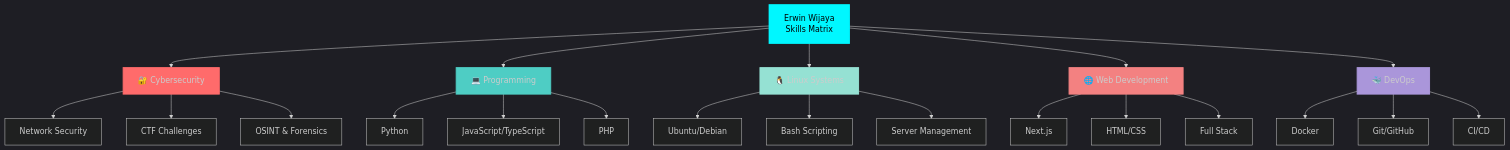
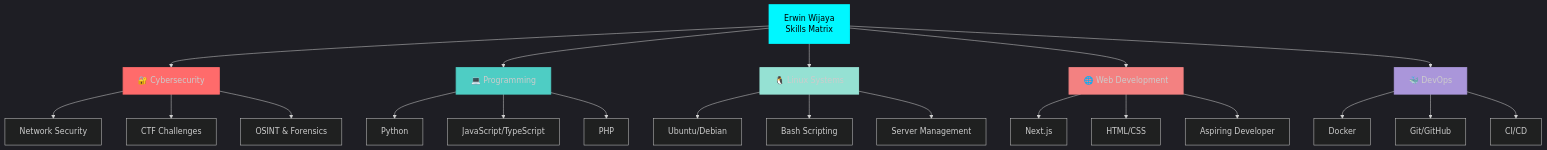
One commit to Romm31/Romm31 changed the diagram in README.md. Above: the diagram before and after it, drawn with Mermaid. The commit also changed other lines of this file, not shown here.

````diff
--- a/README.md
+++ b/README.md
@@ -273,36 +279,36 @@
 ```mermaid
 %%{init: {'theme':'dark'}}%%
 graph TD
     A[Erwin Wijaya<br/>Skills Matrix] --> B[🔐 Cybersecurity]
     A --> C[💻 Programming]
     A --> D[🐧 Linux Systems]
     A --> E[🌐 Web Development]
     A --> F[🐳 DevOps]
     
     B --> B1[Network Security]
     B --> B2[CTF Challenges]
     B --> B3[OSINT & Forensics]
     
     C --> C1[Python]
     C --> C2[JavaScript/TypeScript]
     C --> C3[PHP]
     
     D --> D1[Ubuntu/Debian]
     D --> D2[Bash Scripting]
     D --> D3[Server Management]
     
     E --> E1[Next.js]
     E --> E2[HTML/CSS]
-    E --> E3[Full Stack]
+    E --> E3[Aspiring Developer]
     
     F --> F1[Docker]
     F --> F2[Git/GitHub]
     F --> F3[CI/CD]
     
     style A fill:#00F7FF,stroke:#00F7FF,stroke-width:3px,color:#000
     style B fill:#FF6B6B,stroke:#FF6B6B,stroke-width:2px
     style C fill:#4ECDC4,stroke:#4ECDC4,stroke-width:2px
     style D fill:#95E1D3,stroke:#95E1D3,stroke-width:2px
     style E fill:#F38181,stroke:#F38181,stroke-width:2px
     style F fill:#AA96DA,stroke:#AA96DA,stroke-width:2px
 ```
````
